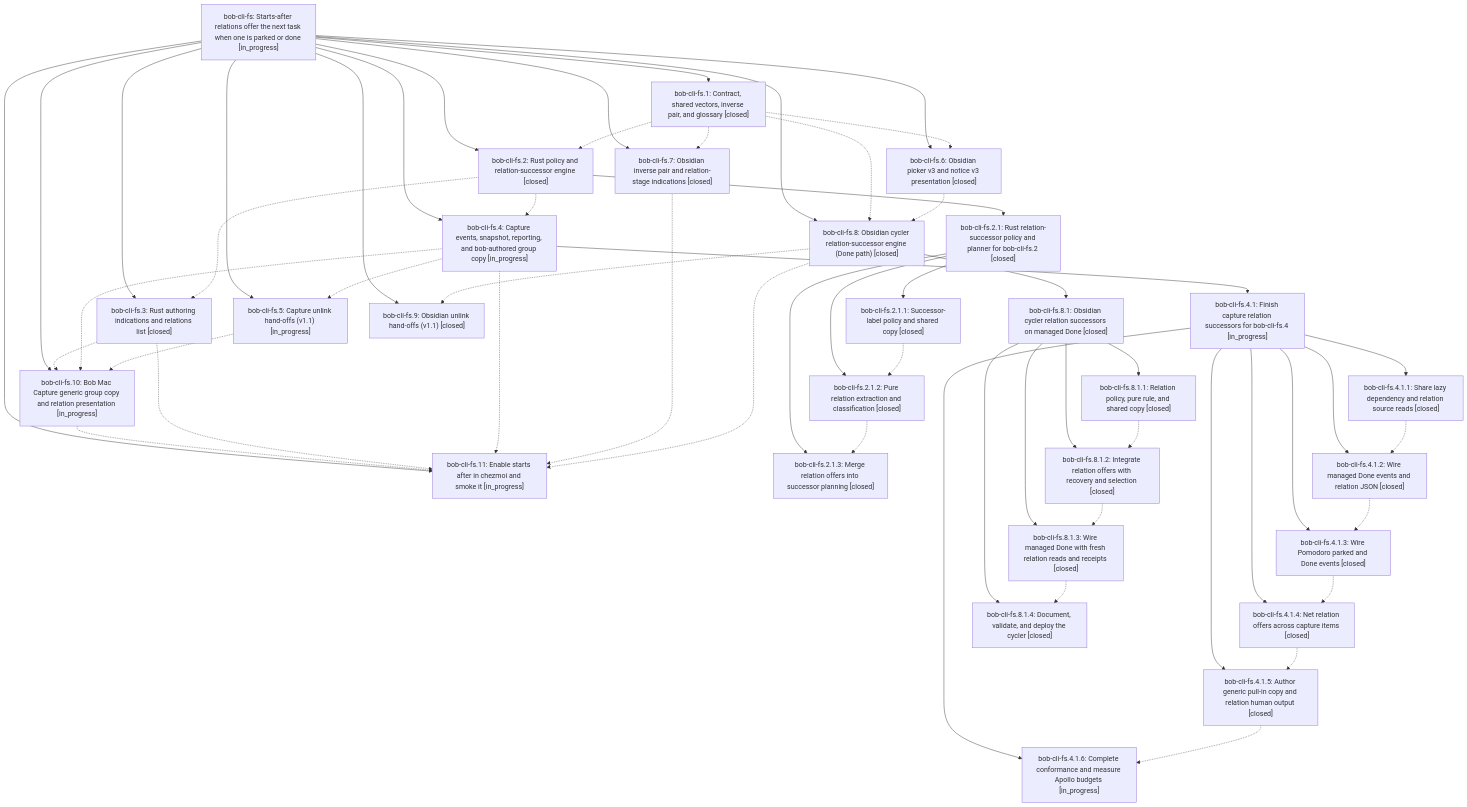
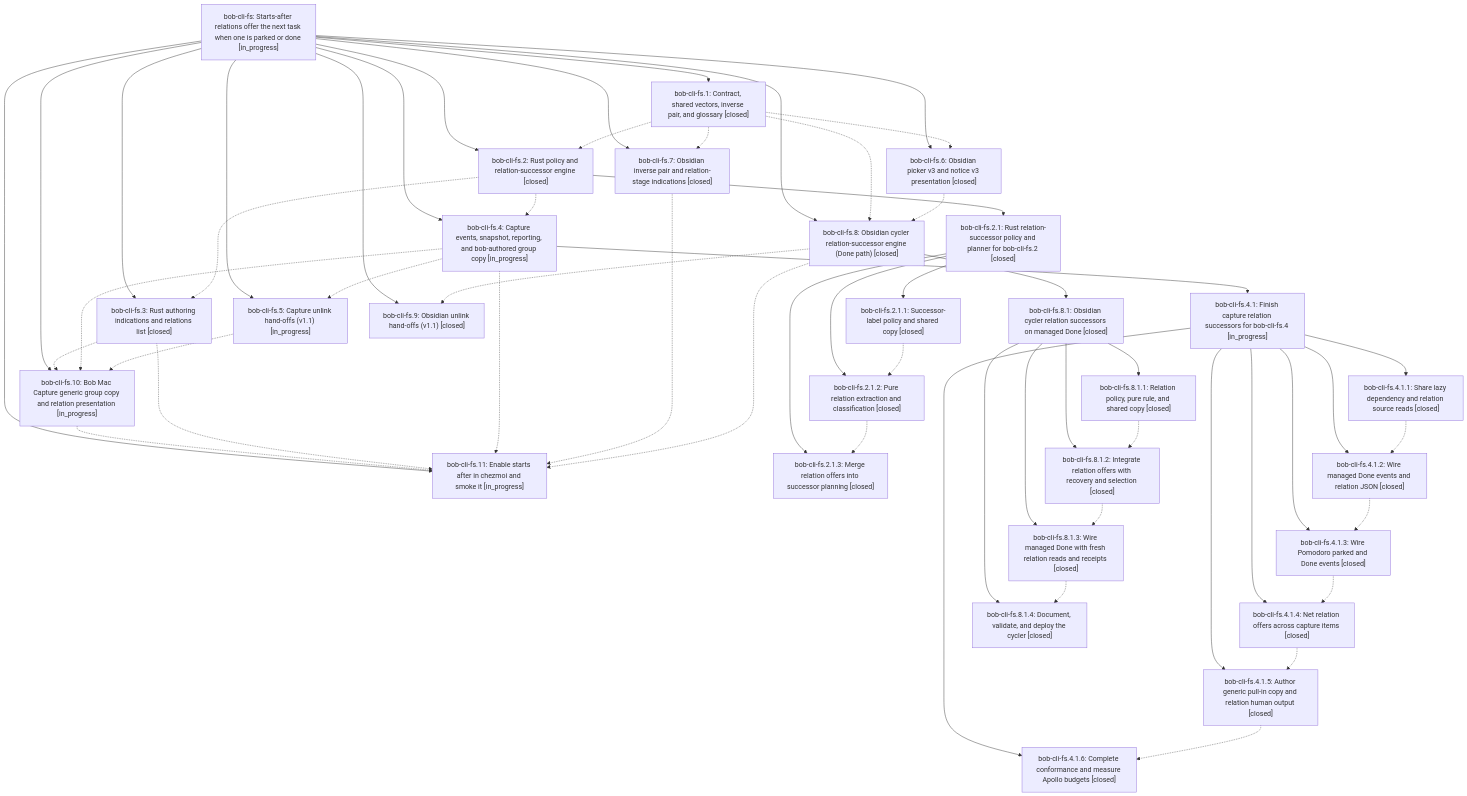
The diagram in pages/bob-cli-fs/README.md (bobs-org/bob-cli--beads), drawn with Mermaid before and after one commit. The commit also changed other lines of this file and 14 other files, not shown here.

First line of the commit message:
chore(beads): sync bead state and pages for bob-cli-fs

```diff
--- a/pages/bob-cli-fs/README.md
+++ b/pages/bob-cli-fs/README.md
@@ -66,7 +66,7 @@
     n14["bob-cli-fs.4.1.3: Wire Pomodoro parked and Done events [closed]"]
     n15["bob-cli-fs.4.1.4: Net relation offers across capture items [closed]"]
     n16["bob-cli-fs.4.1.5: Author generic pull-in copy and relation human output [closed]"]
-    n17["bob-cli-fs.4.1.6: Complete conformance and measure Apollo budgets [in_progress]"]
+    n17["bob-cli-fs.4.1.6: Complete conformance and measure Apollo budgets [closed]"]
     n18["bob-cli-fs.5: Capture unlink hand-offs (v1.1) [in_progress]"]
     n19["bob-cli-fs.6: Obsidian picker v3 and notice v3 presentation [closed]"]
     n20["bob-cli-fs.7: Obsidian inverse pair and relation-stage indications [closed]"]
```
